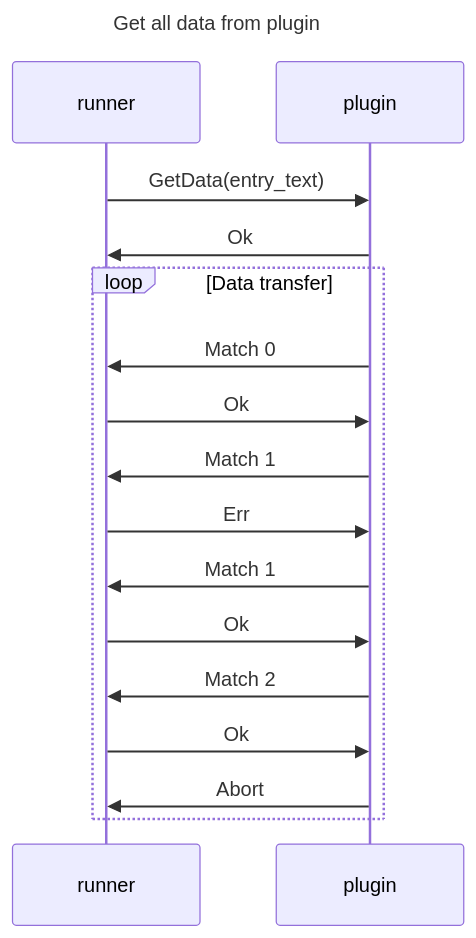
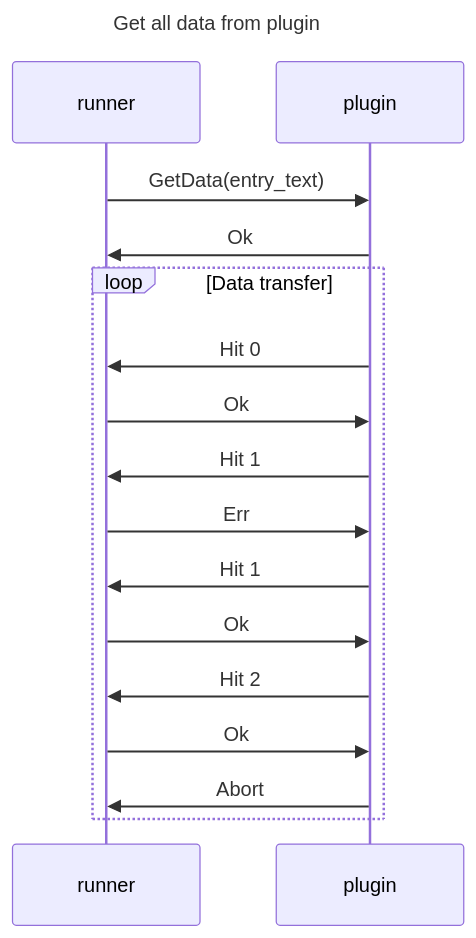
One commit to bzglve/unirun changed the first of 3 diagrams in NOTES.md. Above: the diagram before and after it, drawn with Mermaid. The commit also changed other lines of this file and 10 other files, not shown here.

First line of the commit message:
refactor: rename `Match` to `Hit` across all modules

````diff
--- a/NOTES.md
+++ b/NOTES.md
@@ -4,20 +4,20 @@
 ```mermaid
 sequenceDiagram
     title Get all data from plugin
     participant runner
     participant plugin
 
     runner ->> plugin: GetData(entry_text)
     plugin ->> runner: Ok
     loop Data transfer
-        plugin ->> runner: Match 0
+        plugin ->> runner: Hit 0
         runner ->> plugin: Ok
-        plugin ->> runner: Match 1
+        plugin ->> runner: Hit 1
         runner ->> plugin: Err
-        plugin ->> runner: Match 1
+        plugin ->> runner: Hit 1
         runner ->> plugin: Ok
-        plugin ->> runner: Match 2
+        plugin ->> runner: Hit 2
         runner ->> plugin: Ok
         plugin ->> runner: Abort
     end
 ```
````
